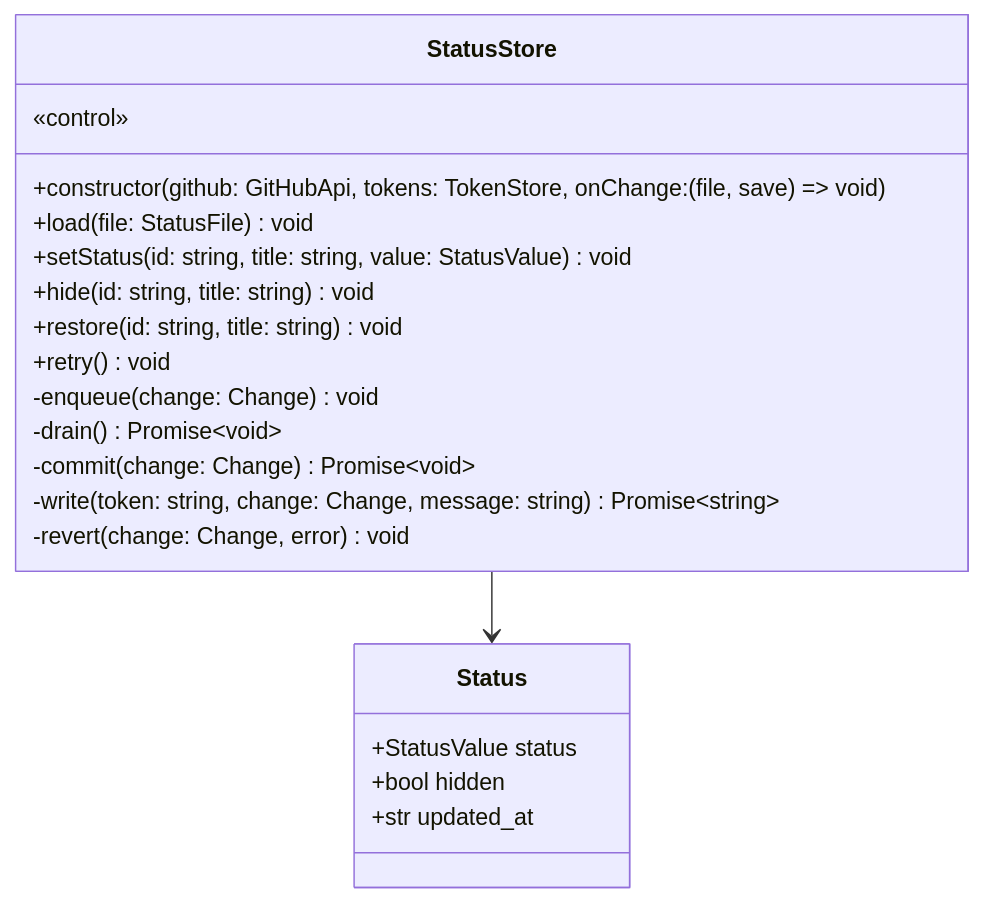
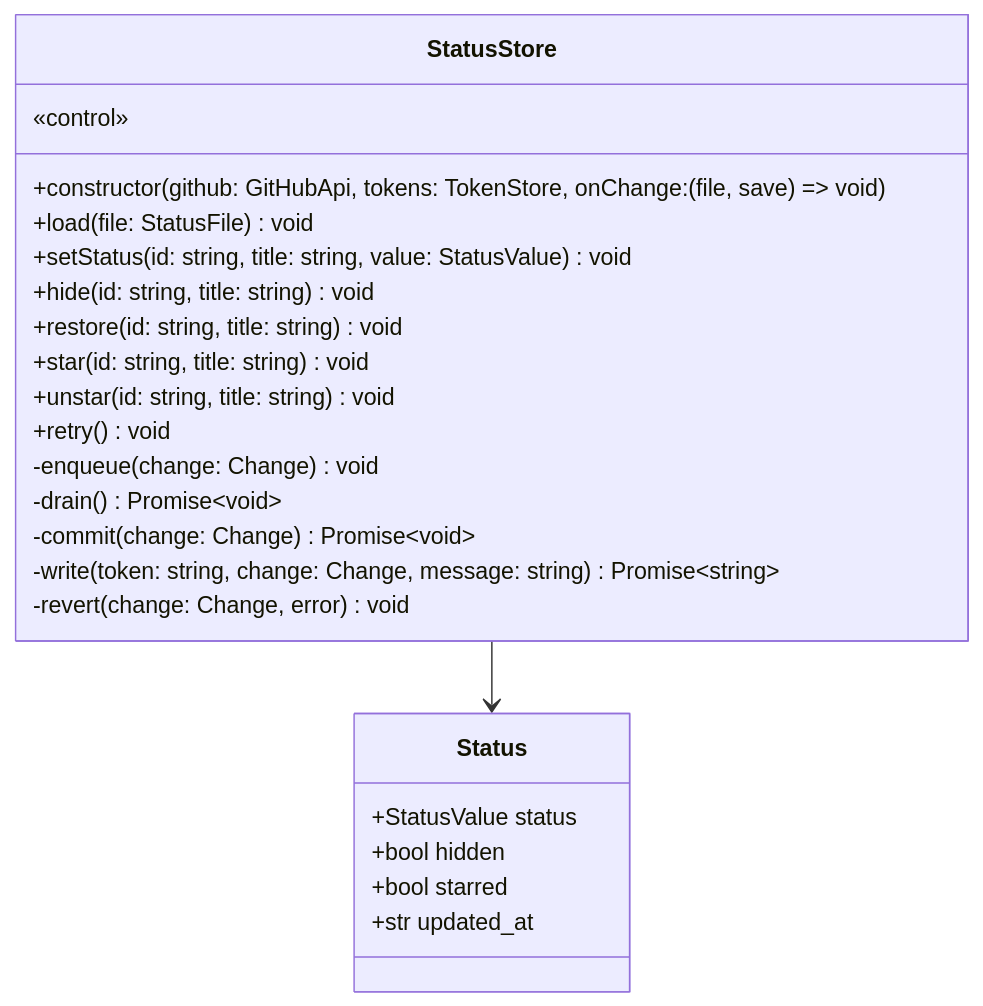
One commit to HoyoungParkme/competition-crawler changed diagram 18 of 18 in docs/specs/06-DOM/CCR-DOM-002.md. Above: the diagram before and after it, drawn with Mermaid. The commit also changed other lines of this file, not shown here.

Commit message:
spec(DOM-002): 미참(skipped)과 별표(starred · star · unstar · 별표만 보기 3.4) — 2.1 Status, 2.3 StatusValue · ChangeKind, 2.4 Filters, 4.11 CompetitionList · StatusStore · RepoFiles(사용자 요청 2026-10-01)

````diff
--- a/docs/specs/06-DOM/CCR-DOM-002.md
+++ b/docs/specs/06-DOM/CCR-DOM-002.md
@@ -964,23 +966,26 @@
 ```mermaid
 classDiagram
     class StatusStore {
         «control»
         +constructor(github: GitHubApi, tokens: TokenStore, onChange: (file, save) => void)
         +load(file: StatusFile) void
         +setStatus(id: string, title: string, value: StatusValue) void
         +hide(id: string, title: string) void
         +restore(id: string, title: string) void
+        +star(id: string, title: string) void
+        +unstar(id: string, title: string) void
         +retry() void
         -enqueue(change: Change) void
         -drain() Promise~void~
         -commit(change: Change) Promise~void~
         -write(token: string, change: Change, message: string) Promise~string~
         -revert(change: Change, error) void
     }
     class Status {
         +StatusValue status
         +bool hidden
+        +bool starred
         +str updated_at
     }
     StatusStore --> Status
 ```
````
